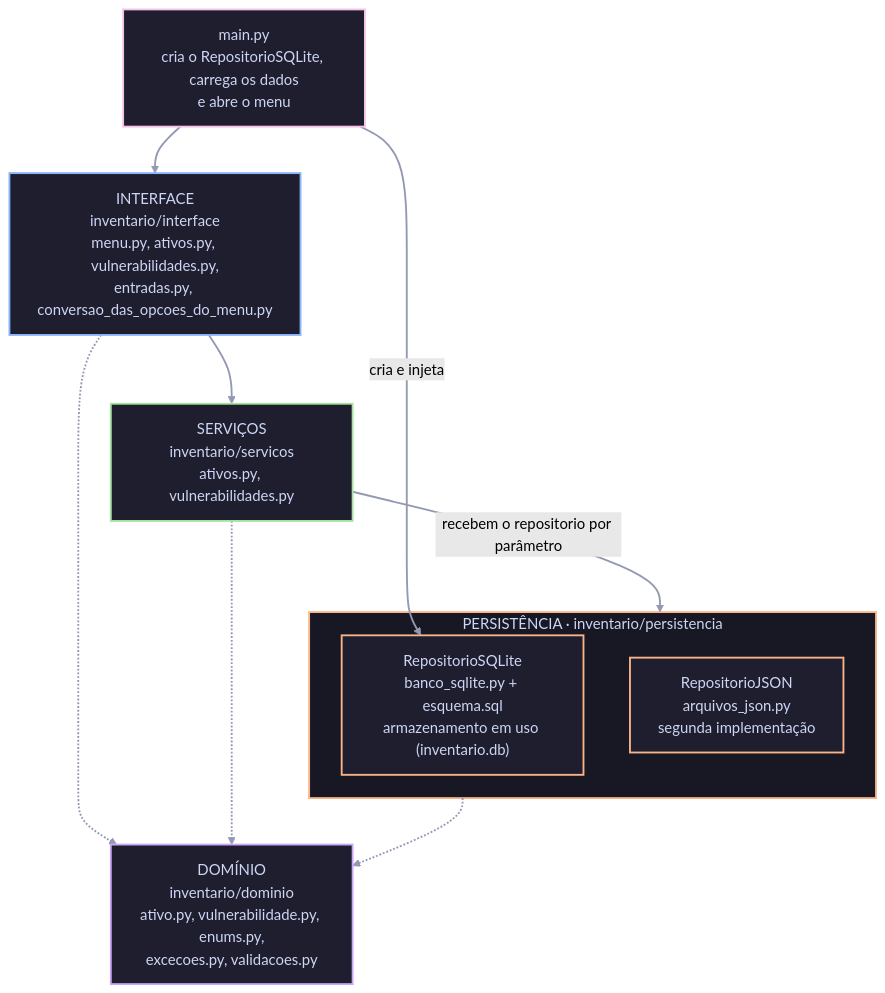
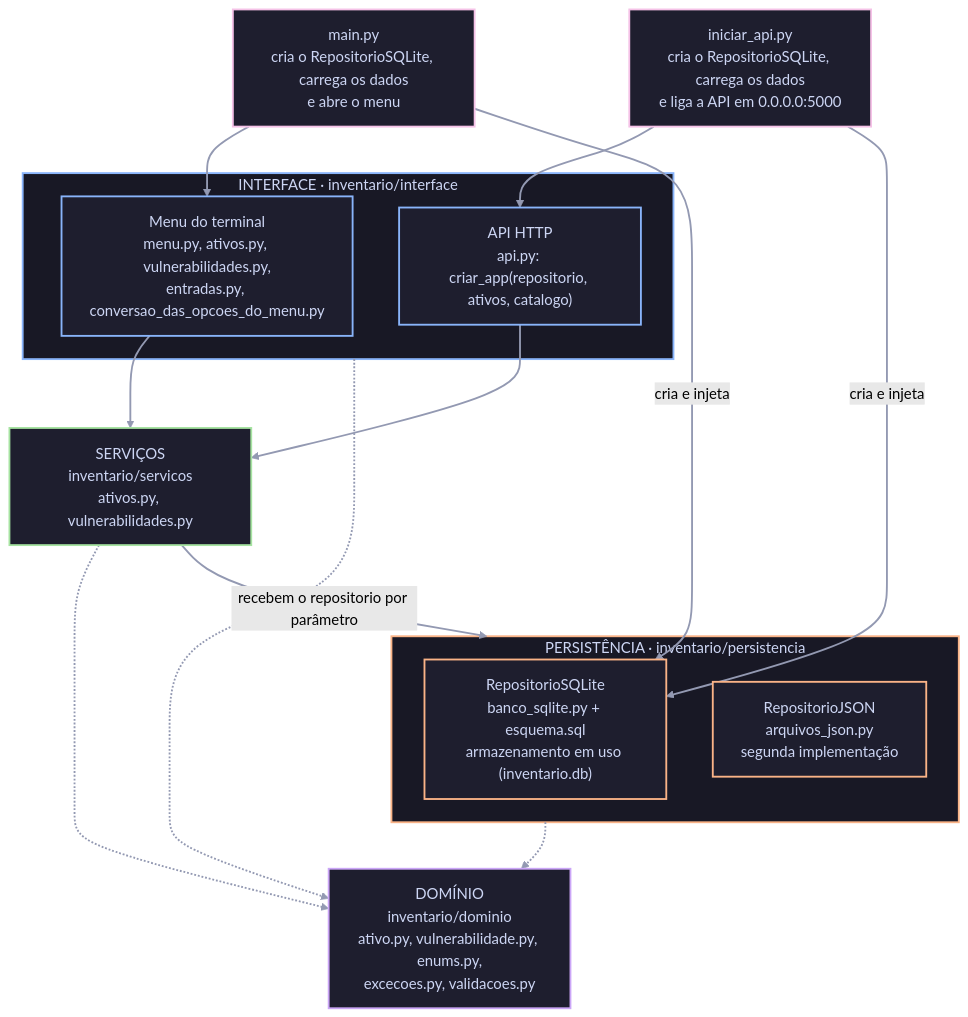
One commit to cadulugaresi/trab02_2026_2_12621cbs211 changed the diagram in docs/README.pt-br.md. Above: the diagram before and after it, drawn with Mermaid (forest theme). The commit also changed other lines of this file, not shown here.

Commit message:
docs: atualiza o README em portugues com a API e o container

````diff
--- a/docs/README.pt-br.md
+++ b/docs/README.pt-br.md
@@ -70,34 +93,42 @@
 ```mermaid
 flowchart TD
     main["main.py<br/>cria o RepositorioSQLite, carrega os dados<br/>e abre o menu"]
-    interface["INTERFACE<br/>inventario/interface<br/>menu.py, ativos.py, vulnerabilidades.py,<br/>entradas.py, conversao_das_opcoes_do_menu.py"]
+    iniciarApi["iniciar_api.py<br/>cria o RepositorioSQLite, carrega os dados<br/>e liga a API em 0.0.0.0:5000"]
+    subgraph interface["INTERFACE · inventario/interface"]
+        menu["Menu do terminal<br/>menu.py, ativos.py, vulnerabilidades.py,<br/>entradas.py, conversao_das_opcoes_do_menu.py"]
+        api["API HTTP<br/>api.py: criar_app(repositorio, ativos, catalogo)"]
+    end
     servicos["SERVIÇOS<br/>inventario/servicos<br/>ativos.py, vulnerabilidades.py"]
     subgraph persistencia["PERSISTÊNCIA · inventario/persistencia"]
         repositorioSQLite["RepositorioSQLite<br/>banco_sqlite.py + esquema.sql<br/>armazenamento em uso (inventario.db)"]
         repositorioJSON["RepositorioJSON<br/>arquivos_json.py<br/>segunda implementação"]
     end
     dominio["DOMÍNIO<br/>inventario/dominio<br/>ativo.py, vulnerabilidade.py, enums.py,<br/>excecoes.py, validacoes.py"]
 
-    main --> interface
+    main --> menu
     main -->|cria e injeta| repositorioSQLite
-    interface --> servicos
+    iniciarApi --> api
+    iniciarApi -->|cria e injeta| repositorioSQLite
+    menu --> servicos
+    api --> servicos
     servicos -->|recebem o repositorio por parâmetro| persistencia
     interface -.-> dominio
     servicos -.-> dominio
     persistencia -.-> dominio
 
     classDef corMain fill:#1e1e2e,stroke:#f5c2e7,stroke-width:2px,color:#cdd6f4
     classDef corInterface fill:#1e1e2e,stroke:#89b4fa,stroke-width:2px,color:#cdd6f4
     classDef corServicos fill:#1e1e2e,stroke:#a6e3a1,stroke-width:2px,color:#cdd6f4
     classDef corPersistencia fill:#1e1e2e,stroke:#fab387,stroke-width:2px,color:#cdd6f4
     classDef corDominio fill:#1e1e2e,stroke:#cba6f7,stroke-width:2px,color:#cdd6f4
 
-    class main corMain
-    class interface corInterface
+    class main,iniciarApi corMain
+    class menu,api corInterface
     class servicos corServicos
     class repositorioSQLite,repositorioJSON corPersistencia
     class dominio corDominio
+    style interface fill:#181825,stroke:#89b4fa,stroke-width:2px,color:#cdd6f4
     style persistencia fill:#181825,stroke:#fab387,stroke-width:2px,color:#cdd6f4
 
     linkStyle default stroke:#9399b2,stroke-width:2px
 ```
````
